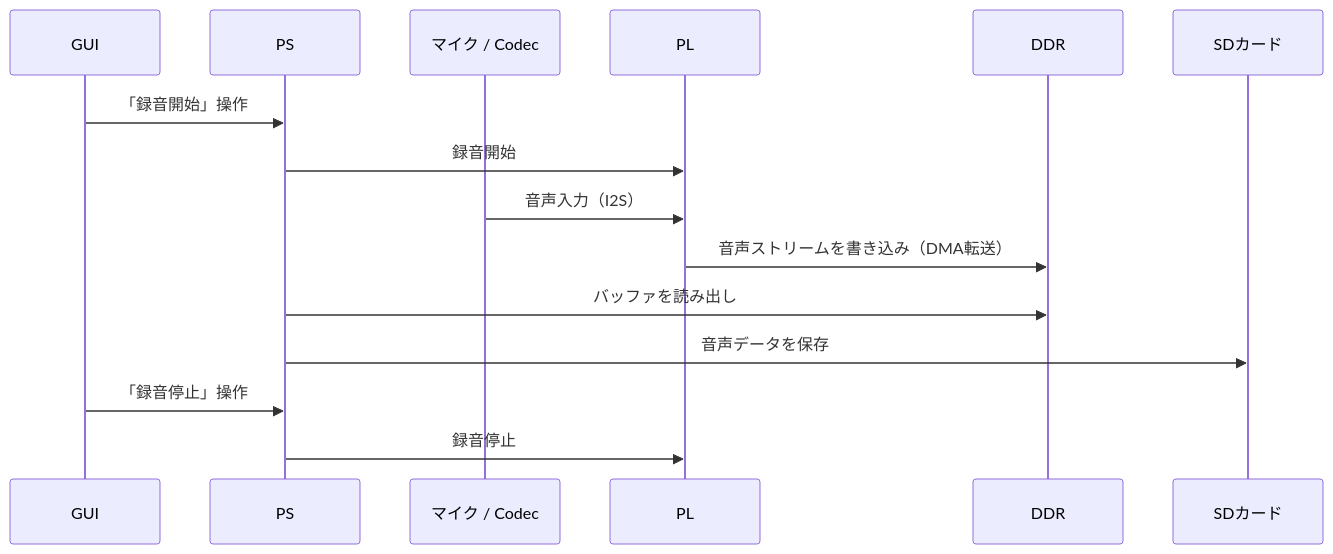
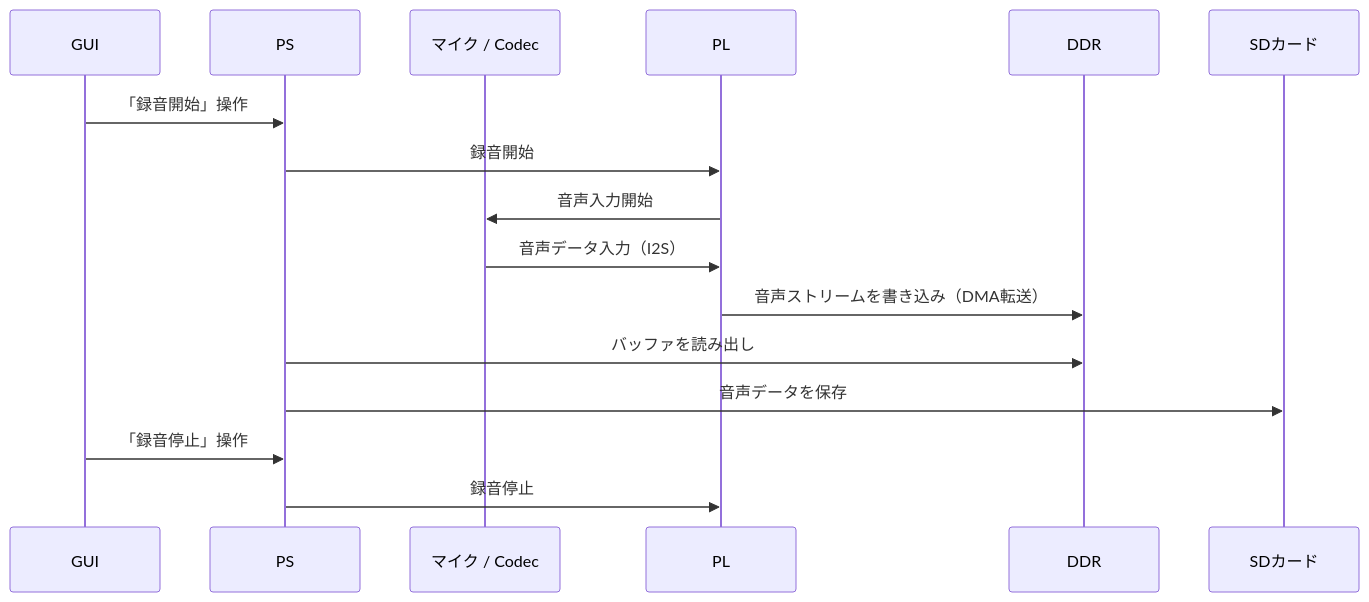
Before and after one commit to kiiisy/VoiceNote-System: the first of 3 diagrams in docs/system_design.md, drawn with Mermaid. The commit also changed other lines of this file, not shown here.

````diff
--- a/docs/system_design.md
+++ b/docs/system_design.md
@@ -274,19 +274,20 @@
 ```mermaid
 sequenceDiagram
     participant GUI as GUI
     participant PS as PS
     participant Mic as マイク / Codec
     participant PL as PL
     participant DDR as DDR
     participant SD as SDカード
 
     GUI->>PS: 「録音開始」操作
     PS->>PL: 録音開始
-    Mic->>PL: 音声入力（I2S）
+    PL->>Mic: 音声入力開始
+    Mic->>PL: 音声データ入力（I2S）
     PL->>DDR: 音声ストリームを書き込み（DMA転送）
     PS->>DDR: バッファを読み出し
     PS->>SD: 音声データを保存
 
     GUI->>PS: 「録音停止」操作
     PS->>PL: 録音停止
 ```
````
